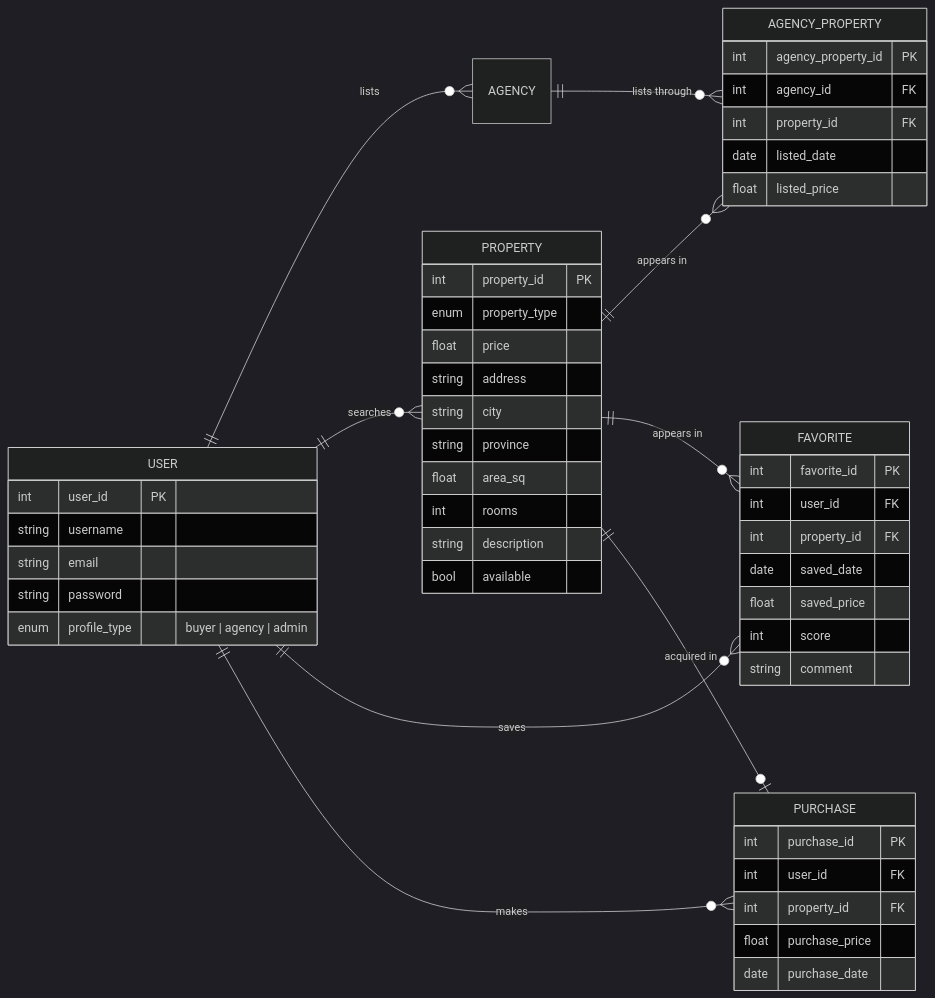
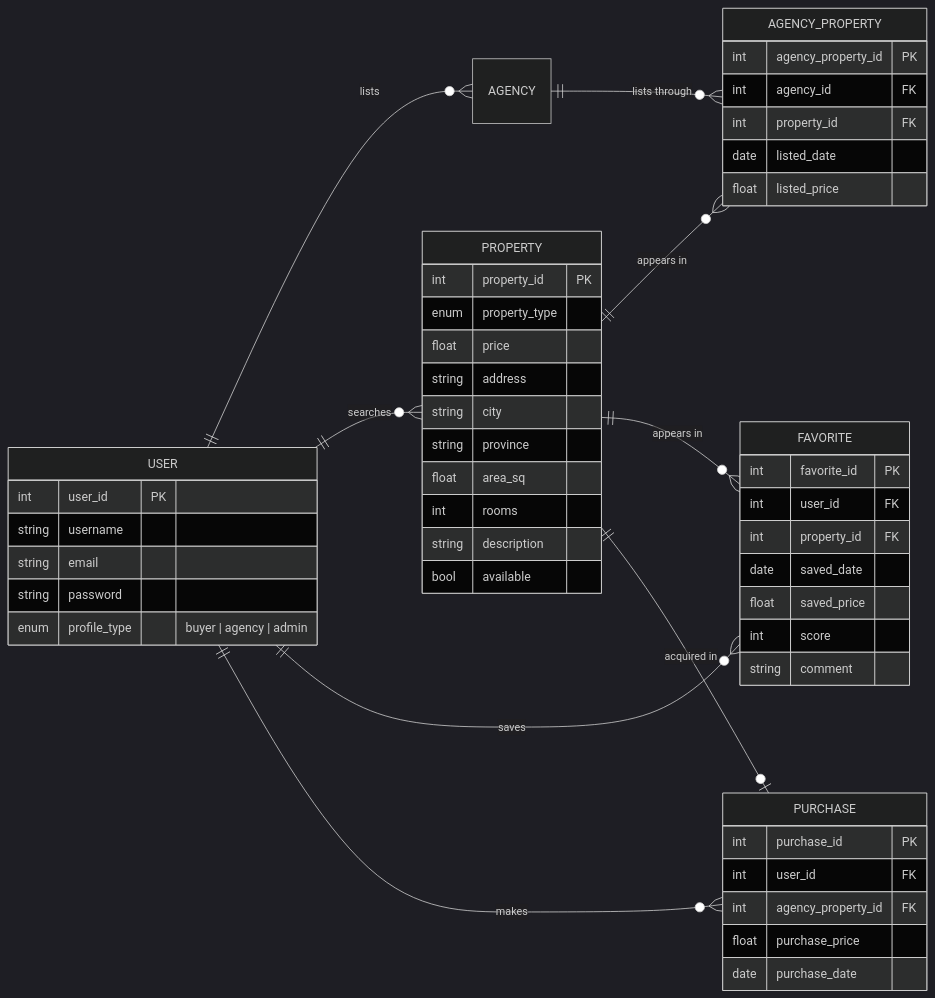
Before and after one commit to 2026c1-pdes-grupo4/.github: the diagram in DER.mmd, drawn with Mermaid (dark theme).

Commit message:
restore from readme.md 115f11bb

```diff
--- a/DER.mmd
+++ b/DER.mmd
@@ -1,57 +1,57 @@
 erDiagram
 	direction LR
 	USER {
 		int user_id PK
 		string username
 		string email
 		string password
 		enum profile_type "buyer | agency | admin"
 	}
 
 	PROPERTY {
 		int property_id PK
 		enum property_type
 		float price
 		string address
 		string city
 		string province
 		float area_sq
 		int rooms
 		string description
 		bool available
 	}
 
 	AGENCY_PROPERTY {
         int agency_property_id PK
         int agency_id FK
         int property_id FK
         date listed_date
         float listed_price
     }
 
 	FAVORITE {
 		int favorite_id PK
 		int user_id FK
 		int property_id FK
 		date saved_date
 		float saved_price
 		int score
 		string comment
 	}
 
 	PURCHASE {
 		int purchase_id PK
 		int user_id FK
-		int property_id FK
+		int agency_property_id FK
 		float purchase_price
 		date purchase_date
 	}
 
 	USER||--o{AGENCY:"lists"
     USER||--o{PROPERTY:"searches"
     USER||--o{FAVORITE:"saves"
     USER||--o{PURCHASE:"makes"
     AGENCY||--o{AGENCY_PROPERTY:"lists through"
     PROPERTY||--o{AGENCY_PROPERTY:"appears in"
     PROPERTY||--o{FAVORITE:"appears in"
     PROPERTY||--o|PURCHASE:"acquired in"
```
